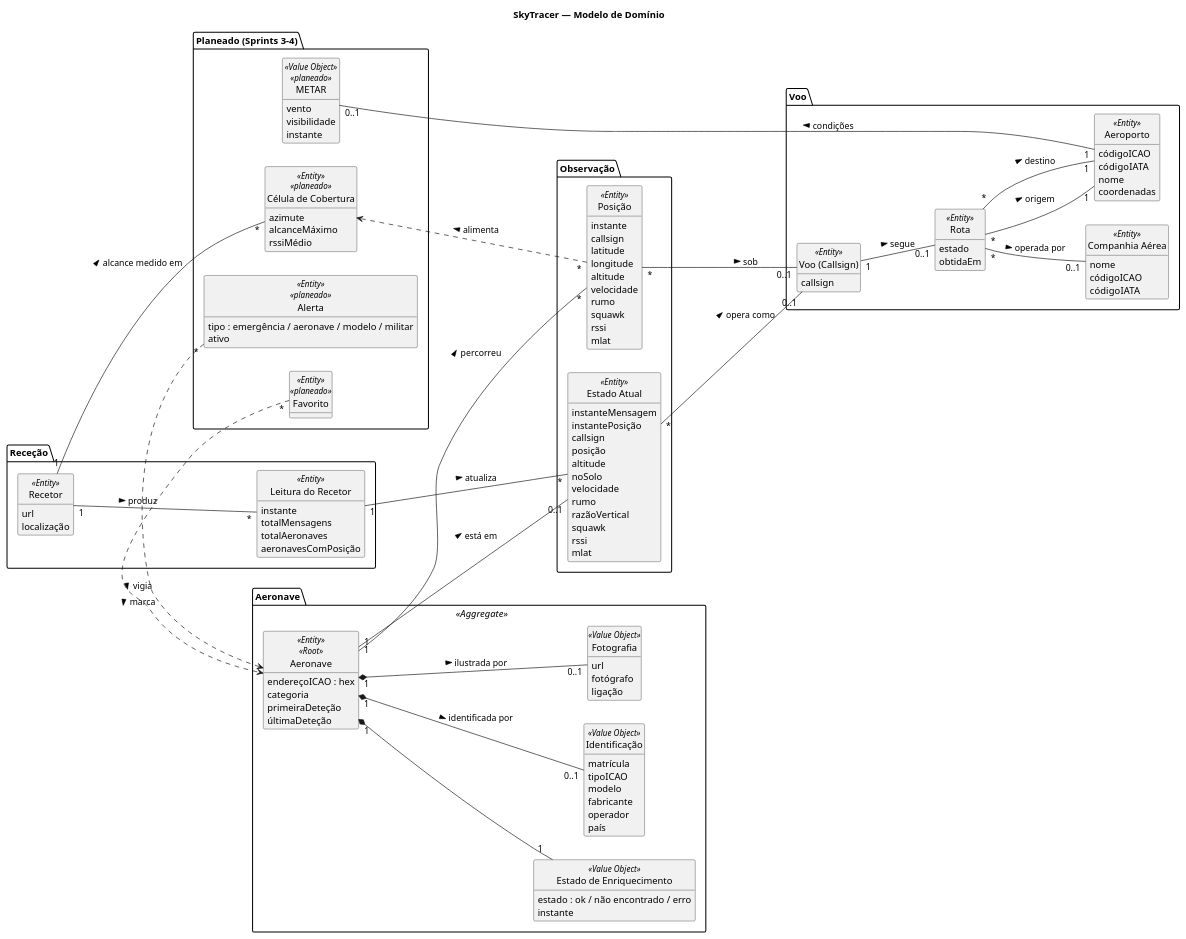
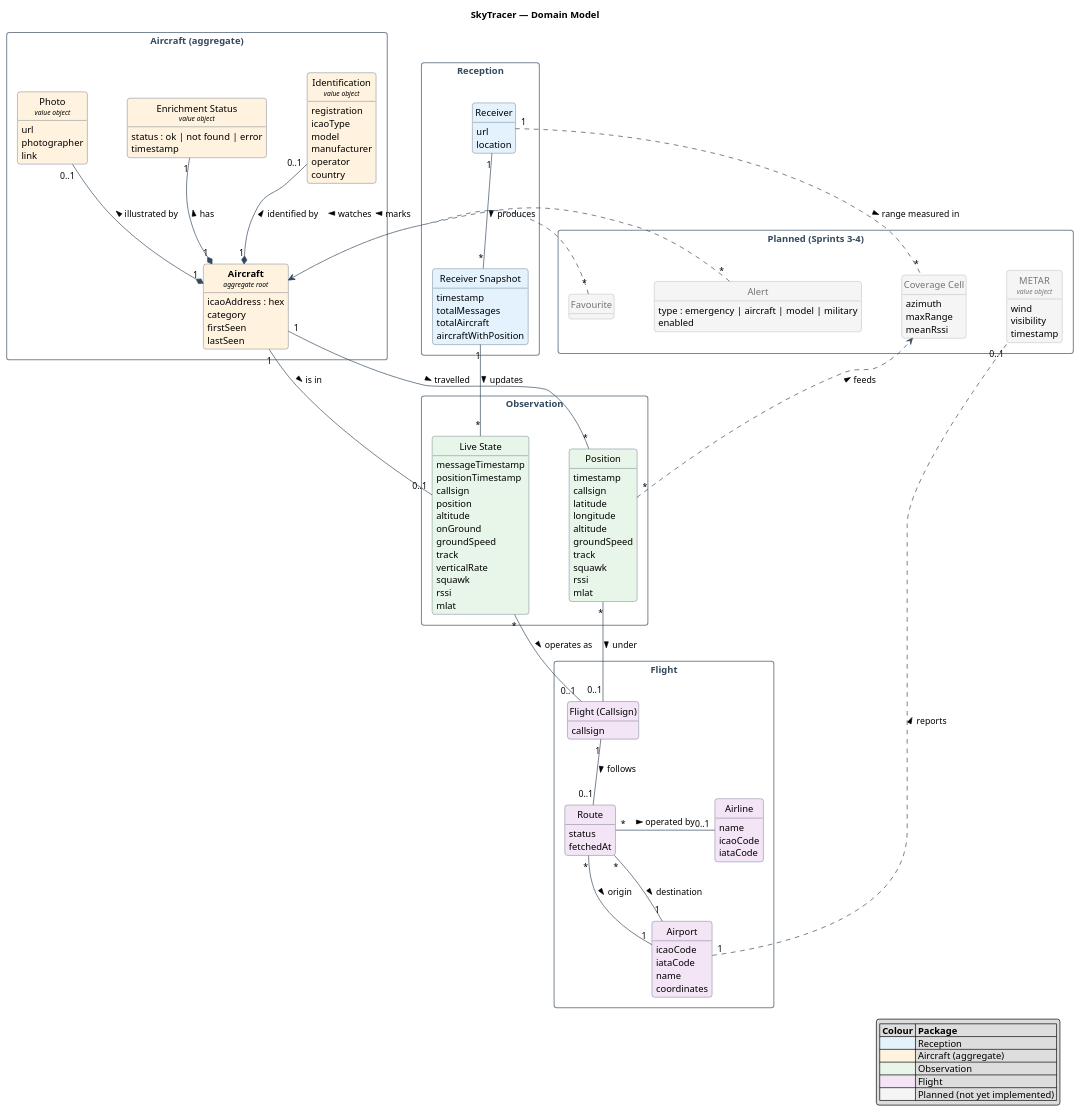
One commit to miguelsiilva1/SkyTracer changed the diagram in docs/system-documentation/global-artifacts/puml/DM.puml. Above: the diagram before and after it, drawn with PlantUML. The commit also changed 8 other files, not shown here.

Commit message:
docs: add FURPS+ specification and restyle domain model and use case diagram

```diff
--- a/docs/system-documentation/global-artifacts/puml/DM.puml
+++ b/docs/system-documentation/global-artifacts/puml/DM.puml
@@ -1,136 +1,174 @@
 @startuml DM
 skinparam classAttributeIconSize 0
-skinparam monochrome true
 skinparam shadowing false
+skinparam roundCorner 8
+skinparam nodesep 60
+skinparam ranksep 70
+skinparam defaultFontName Helvetica
+skinparam packageStyle rectangle
+skinparam package {
+  BorderColor #7A8794
+  FontColor #34495E
+}
+skinparam class {
+  BorderColor #34495E
+  ArrowColor #34495E
+  BackgroundColor<<Reception>> #E3F2FD
+  BackgroundColor<<Aircraft>> #FFF3E0
+  BackgroundColor<<Observation>> #E8F5E9
+  BackgroundColor<<Flight>> #F3E5F5
+  BackgroundColor<<Planned>> #F5F5F5
+  BorderColor<<Planned>> #9E9E9E
+  FontColor<<Planned>> #757575
+  StereotypeFontColor #5D6D7E
+}
 hide circle
 hide methods
-left to right direction
+hide stereotype
 
-title SkyTracer — Modelo de Domínio
+title SkyTracer — Domain Model
 
-package "Receção" {
-  class "Recetor" as Receiver <<Entity>> {
+package "Aircraft (aggregate)" {
+  class "**Aircraft**\n<size:10><i>aggregate root</i></size>" as Aircraft <<Aircraft>> {
+    icaoAddress : hex
+    category
+    firstSeen
+    lastSeen
+  }
+  class "Identification\n<size:10><i>value object</i></size>" as Ident <<Aircraft>> {
+    registration
+    icaoType
+    model
+    manufacturer
+    operator
+    country
+  }
+  class "Photo\n<size:10><i>value object</i></size>" as Photo <<Aircraft>> {
     url
-    localização
+    photographer
+    link
   }
-  class "Leitura do Recetor" as Snapshot <<Entity>> {
-    instante
-    totalMensagens
-    totalAeronaves
-    aeronavesComPosição
+  class "Enrichment Status\n<size:10><i>value object</i></size>" as EnrichState <<Aircraft>> {
+    status : ok | not found | error
+    timestamp
   }
 }
 
-package "Aeronave" <<Aggregate>> {
-  class "Aeronave" as Aircraft <<Entity>> <<Root>> {
-    endereçoICAO : hex
-    categoria
-    primeiraDeteção
-    últimaDeteção
+package "Reception" {
+  class "Receiver" as Receiver <<Reception>> {
+    url
+    location
   }
-  class "Identificação" as Ident <<Value Object>> {
-    matrícula
-    tipoICAO
-    modelo
-    fabricante
-    operador
-    país
-  }
-  class "Fotografia" as Photo <<Value Object>> {
-    url
-    fotógrafo
-    ligação
-  }
-  class "Estado de Enriquecimento" as EnrichState <<Value Object>> {
-    estado : ok / não encontrado / erro
-    instante
+  class "Receiver Snapshot" as Snapshot <<Reception>> {
+    timestamp
+    totalMessages
+    totalAircraft
+    aircraftWithPosition
   }
 }
 
-package "Observação" {
-  class "Estado Atual" as Live <<Entity>> {
-    instanteMensagem
-    instantePosição
+package "Observation" {
+  class "Live State" as Live <<Observation>> {
+    messageTimestamp
+    positionTimestamp
     callsign
-    posição
+    position
     altitude
-    noSolo
-    velocidade
-    rumo
-    razãoVertical
+    onGround
+    groundSpeed
+    track
+    verticalRate
     squawk
     rssi
     mlat
   }
-  class "Posição" as Position <<Entity>> {
-    instante
+  class "Position" as Position <<Observation>> {
+    timestamp
     callsign
     latitude
     longitude
     altitude
-    velocidade
-    rumo
+    groundSpeed
+    track
     squawk
     rssi
     mlat
   }
 }
 
-package "Voo" {
-  class "Voo (Callsign)" as Flight <<Entity>> {
+package "Flight" {
+  class "Flight (Callsign)" as FlightCs <<Flight>> {
     callsign
   }
-  class "Rota" as Route <<Entity>> {
-    estado
-    obtidaEm
+  class "Route" as Route <<Flight>> {
+    status
+    fetchedAt
   }
-  class "Companhia Aérea" as Airline <<Entity>> {
-    nome
-    códigoICAO
-    códigoIATA
+  class "Airline" as Airline <<Flight>> {
+    name
+    icaoCode
+    iataCode
   }
-  class "Aeroporto" as Airport <<Entity>> {
-    códigoICAO
-    códigoIATA
-    nome
-    coordenadas
+  class "Airport" as Airport <<Flight>> {
+    icaoCode
+    iataCode
+    name
+    coordinates
   }
 }
 
-package "Planeado (Sprints 3-4)" {
-  class "Alerta" as Alert <<Entity>> <<planeado>> {
-    tipo : emergência / aeronave / modelo / militar
-    ativo
+package "Planned (Sprints 3–4)" {
+  class "Alert" as Alert <<Planned>> {
+    type : emergency | aircraft | model | military
+    enabled
   }
-  class "Célula de Cobertura" as Coverage <<Entity>> <<planeado>> {
-    azimute
-    alcanceMáximo
-    rssiMédio
+  class "Coverage Cell" as Coverage <<Planned>> {
+    azimuth
+    maxRange
+    meanRssi
   }
-  class "Favorito" as Favourite <<Entity>> <<planeado>>
-  class "METAR" as Metar <<Value Object>> <<planeado>> {
-    vento
-    visibilidade
-    instante
+  class "Favourite" as Favourite <<Planned>>
+  class "METAR\n<size:10><i>value object</i></size>" as Metar <<Planned>> {
+    wind
+    visibility
+    timestamp
   }
 }
 
-Receiver "1" -- "*" Snapshot : produz >
-Snapshot "1" -- "*" Live : atualiza >
-Aircraft "1" *-- "0..1" Ident : identificada por >
-Aircraft "1" *-- "0..1" Photo : ilustrada por >
-Aircraft "1" *-- "1" EnrichState
-Aircraft "1" -- "0..1" Live : está em >
-Aircraft "1" -- "*" Position : percorreu >
-Live "*" -- "0..1" Flight : opera como >
-Position "*" -- "0..1" Flight : sob >
-Flight "1" -- "0..1" Route : segue >
-Route "*" -- "0..1" Airline : operada por >
-Route "*" -- "1" Airport : origem >
-Route "*" -- "1" Airport : destino >
-Receiver "1" -- "*" Coverage : alcance medido em >
-Position "*" ..> Coverage : alimenta >
-Alert "*" ..> Aircraft : vigia >
-Favourite "*" ..> Aircraft : marca >
-Airport "1" -- "0..1" Metar : condições >
+' Reception
+Receiver "1" -down- "*" Snapshot : produces >
+Snapshot "1" -- "*" Live : updates >
+
+' Aircraft aggregate
+Aircraft "1" *-up- "0..1" Ident : identified by >
+Aircraft "1" *-up- "0..1" Photo : illustrated by >
+Aircraft "1" *-up- "1" EnrichState : has >
+
+' Observation
+Aircraft "1" -down- "0..1" Live : is in >
+Aircraft "1" -down- "*" Position : travelled >
+
+' Flight
+Live "*" -down- "0..1" FlightCs : operates as >
+Position "*" -down- "0..1" FlightCs : under >
+FlightCs "1" -down- "0..1" Route : follows >
+Route "*" -right- "0..1" Airline : operated by >
+Route "*" -down- "1" Airport : origin >
+Route "*" -down- "1" Airport : destination >
+
+' Planned
+Receiver "1" .. "*" Coverage : range measured in >
+Position "*" ..> Coverage : feeds >
+Alert "*" ..> Aircraft : watches >
+Favourite "*" ..> Aircraft : marks >
+Airport "1" .. "0..1" Metar : reports >
+
+legend right
+  |= Colour |= Package |
+  |<#E3F2FD>| Reception |
+  |<#FFF3E0>| Aircraft (aggregate) |
+  |<#E8F5E9>| Observation |
+  |<#F3E5F5>| Flight |
+  |<#F5F5F5>| Planned (not yet implemented) |
+endlegend
 @enduml
```
